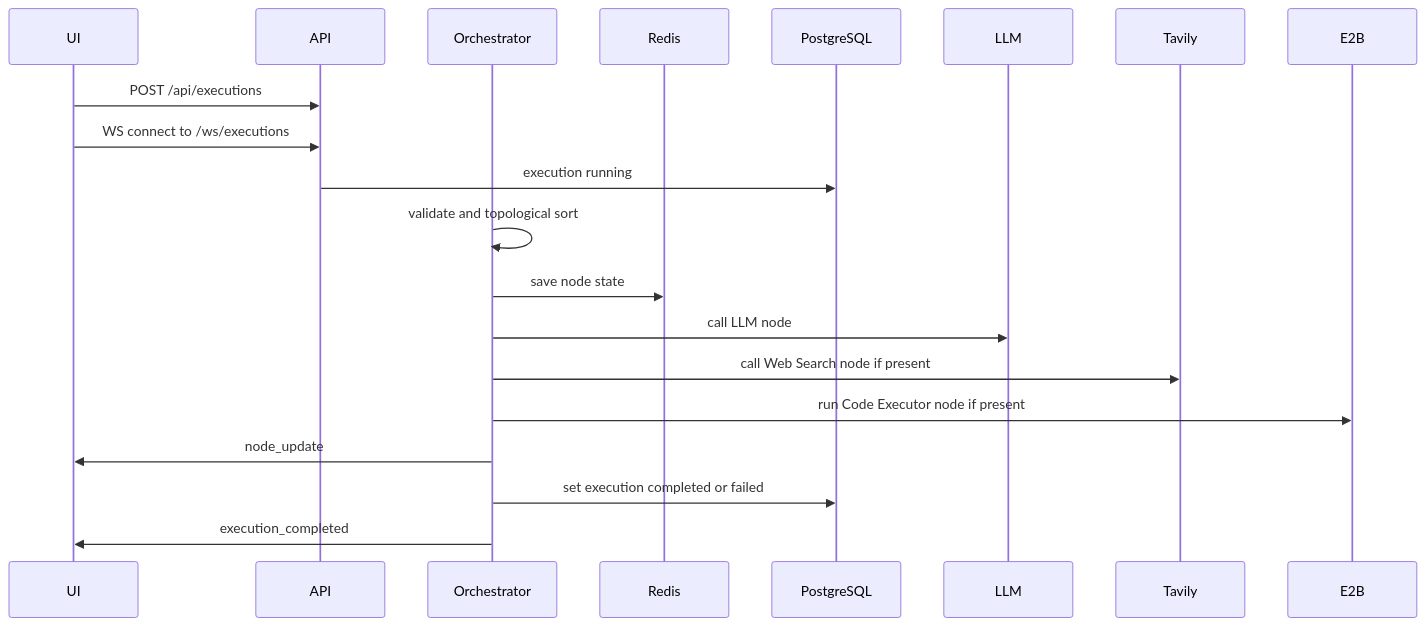
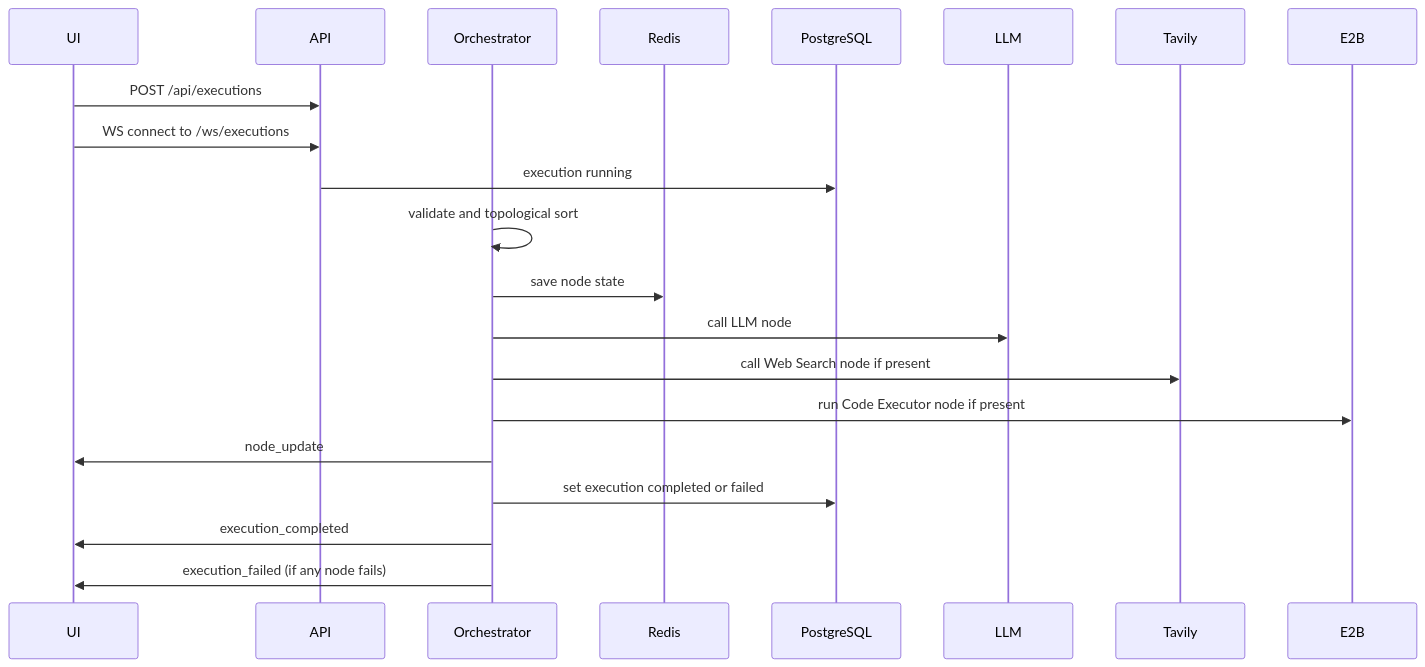
One commit to jenilashah311/Visual-AI-Automation-Platform changed the second of 2 diagrams in README.md. Above: the diagram before and after it, drawn with Mermaid.

Commit message:
Diagram: show execution_failed

````diff
--- a/README.md
+++ b/README.md
@@ -83,23 +83,24 @@
 ```mermaid
 sequenceDiagram
   participant UI
   participant API
   participant Orchestrator
   participant Redis
   participant PostgreSQL
   participant LLM
   participant Tavily
   participant E2B
 
   UI->>API: POST /api/executions
   UI->>API: WS connect to /ws/executions
   API->>PostgreSQL: execution running
   Orchestrator->>Orchestrator: validate and topological sort
   Orchestrator->>Redis: save node state
   Orchestrator->>LLM: call LLM node
   Orchestrator->>Tavily: call Web Search node if present
   Orchestrator->>E2B: run Code Executor node if present
   Orchestrator->>UI: node_update
   Orchestrator->>PostgreSQL: set execution completed or failed
   Orchestrator->>UI: execution_completed
+  Orchestrator->>UI: execution_failed (if any node fails)
 ```
````
